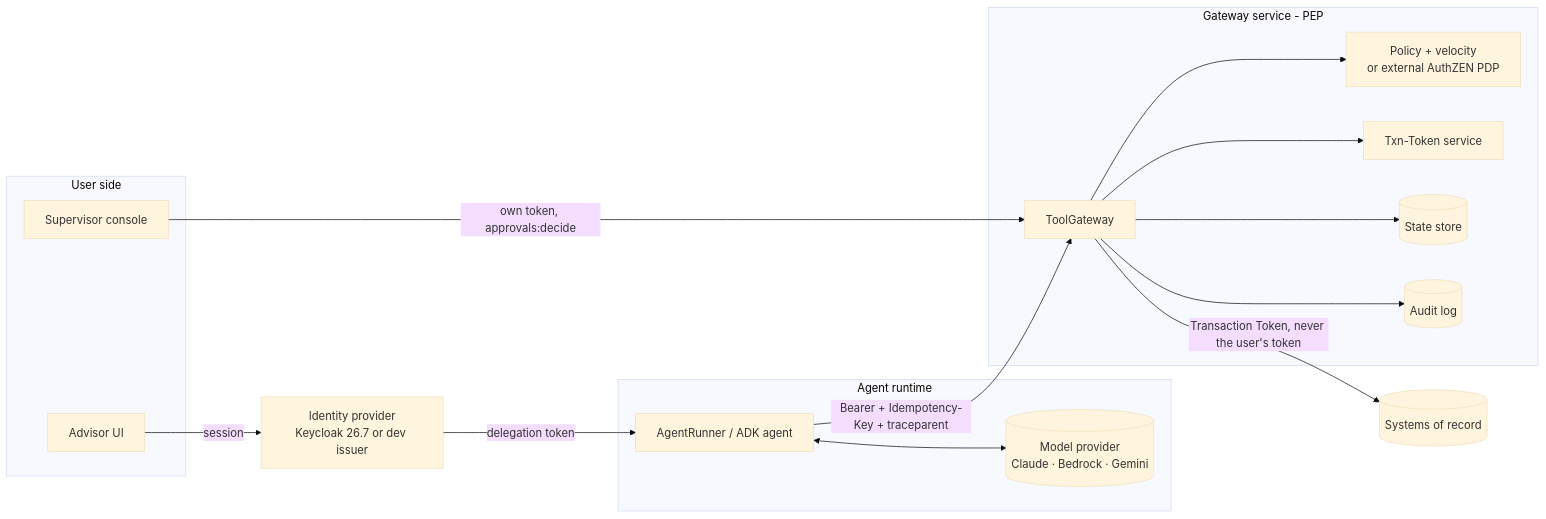
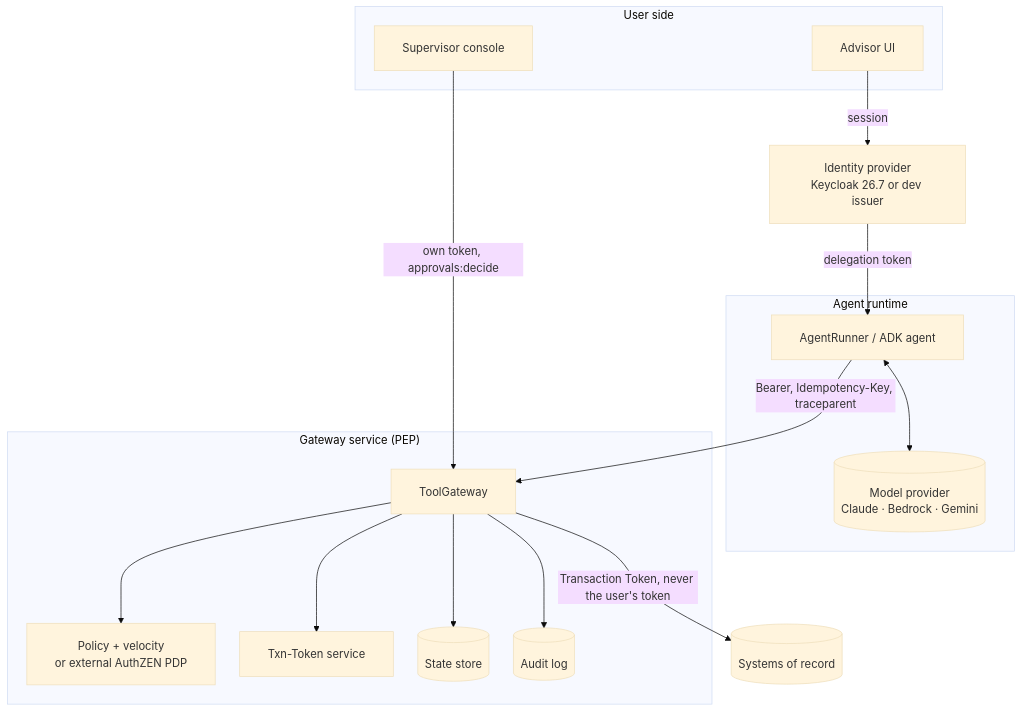
One commit to sarora20/fsi-agent-governance-ref changed the first of 3 diagrams in ARCHITECTURE.md. Above: the diagram before and after it, drawn with Mermaid (base theme).

Commit message:
fix: deployment view diagram overlap on GitHub render
The Bearer/Idempotency-Key and own-token edge labels converged on
ToolGateway in the flowchart LR layout and rendered stacked on top of
each other. Switched to flowchart TD with reordered subgraphs and
quoted edge labels, plus explicit rankSpacing/nodeSpacing/padding to
keep subgraph titles clear of incoming arrows. Verified by rendering
locally with mermaid-cli before and after.

````diff
--- a/ARCHITECTURE.md
+++ b/ARCHITECTURE.md
@@ -13,31 +13,32 @@
 ```mermaid
-flowchart LR
-  subgraph User side
+%%{init: {'flowchart': {'rankSpacing': 55, 'nodeSpacing': 35, 'padding': 20}}}%%
+flowchart TD
+  subgraph User["User side"]
     A[Advisor UI]
     S[Supervisor console]
   end
-  subgraph Agent runtime
+  I[Identity provider<br/>Keycloak 26.7 or dev issuer]
+  subgraph Runtime["Agent runtime"]
     R[AgentRunner / ADK agent]
     M[(Model provider<br/>Claude · Bedrock · Gemini)]
   end
-  I[Identity provider<br/>Keycloak 26.7 or dev issuer]
-  subgraph Gateway service - PEP
+  subgraph Gw["Gateway service (PEP)"]
     G[ToolGateway]
     P[Policy + velocity<br/>or external AuthZEN PDP]
     T[Txn-Token service]
     DB[(State store)]
     AU[(Audit log)]
   end
   B[(Systems of record)]
 
   A -->|session| I
   I -->|delegation token| R
   R <--> M
-  R -->|Bearer + Idempotency-Key + traceparent| G
-  S -->|own token, approvals:decide| G
+  R -->|"Bearer, Idempotency-Key, traceparent"| G
+  S -->|"own token, approvals:decide"| G
   G --> P
   G --> T
   G --> DB
   G --> AU
-  G -->|Transaction Token, never the user's token| B
+  G -->|"Transaction Token, never the user's token"| B
 ```
````
